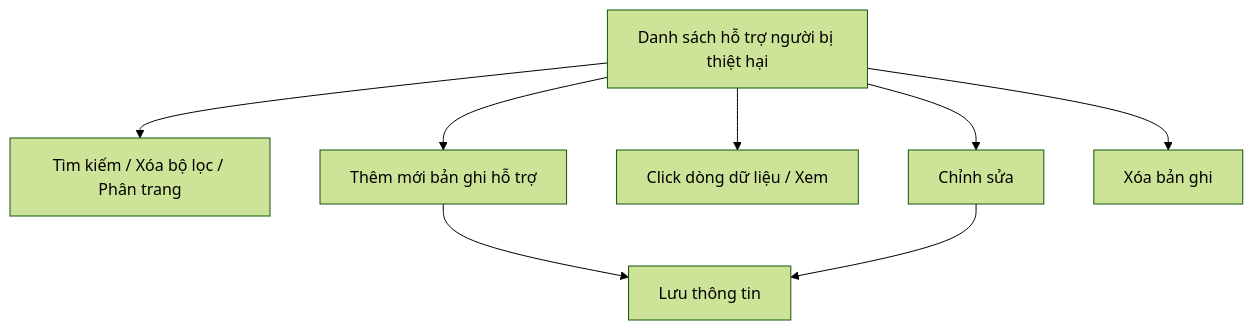
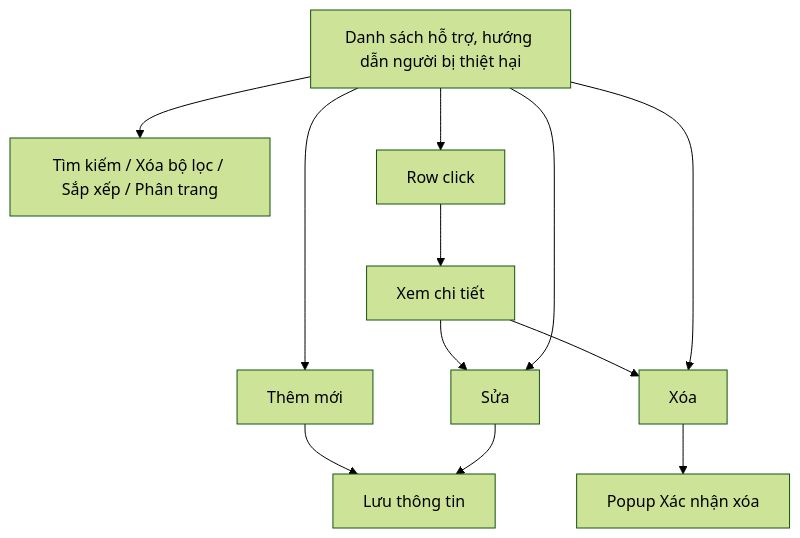
One commit to huyendt2007/BPBD_UI changed the diagram in Tai lieu phan tich/03_Website_Quan_tri/03_Cong_tac_boi_thuong/SRS_BTNN_DungChung_BTP_STP_HoTro_YCBT.md. Above: the diagram before and after it, drawn with Mermaid (forest theme). The commit also changed other lines of this file and 135 other files, not shown here.

````diff
--- a/Tai lieu phan tich/03_Website_Quan_tri/03_Cong_tac_boi_thuong/SRS_BTNN_DungChung_BTP_STP_HoTro_YCBT.md
+++ b/Tai lieu phan tich/03_Website_Quan_tri/03_Cong_tac_boi_thuong/SRS_BTNN_DungChung_BTP_STP_HoTro_YCBT.md
@@ -25,10 +21,10 @@
 ```mermaid
 flowchart TD
-    A[Danh sách hỗ trợ người bị thiệt hại] --> B[Tìm kiếm / Xóa bộ lọc / Phân trang]
-    A --> C[Thêm mới bản ghi hỗ trợ]
-    C --> D[Lưu thông tin]
-    A --> E[Click dòng dữ liệu / Xem]
-    A --> F[Chỉnh sửa]
-    F --> D
-    A --> G[Xóa bản ghi]
+    A[Danh sách hỗ trợ, hướng dẫn người bị thiệt hại] --> B[Tìm kiếm / Xóa bộ lọc / Sắp xếp / Phân trang]
+    A --> G[Row click] --> K[Xem chi tiết]
+    K --> E
+    K --> F
+    A --> C[Thêm mới] --> D[Lưu thông tin]
+    A --> E[Sửa] --> D
+    A --> F[Xóa] --> X[Popup Xác nhận xóa]
 ```
````
